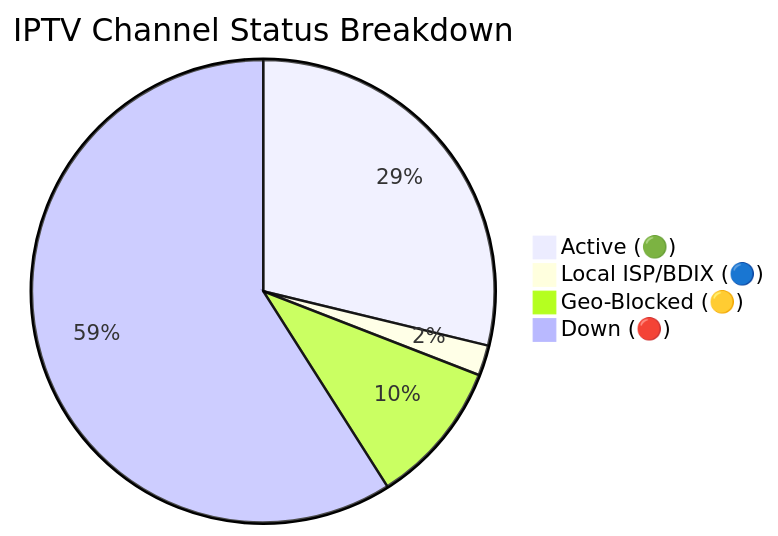
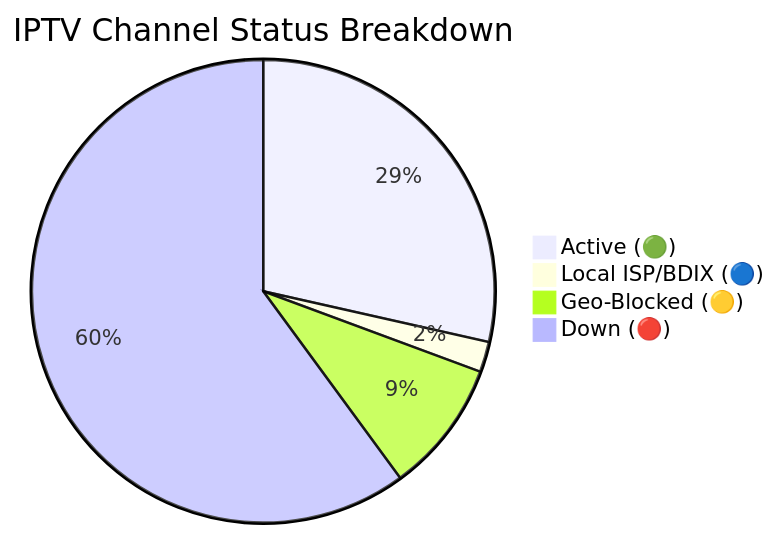
Before and after one commit to andreataylord/Ip-tv-Collection: the diagram in README.md, drawn with Mermaid. The commit also changed other lines of this file and 1 other file, not shown here.

Commit message:
docs(readme): auto-update daily channel status chart

````diff
--- a/README.md
+++ b/README.md
@@ -59,7 +59,7 @@
 ```mermaid
 pie title IPTV Channel Status Breakdown
-    "Active (🟢)" : 1734
+    "Active (🟢)" : 1719
     "Local ISP/BDIX (🔵)" : 128
-    "Geo-Blocked (🟡)" : 608
-    "Down (🔴)" : 3556
+    "Geo-Blocked (🟡)" : 559
+    "Down (🔴)" : 3620
 ```
````
